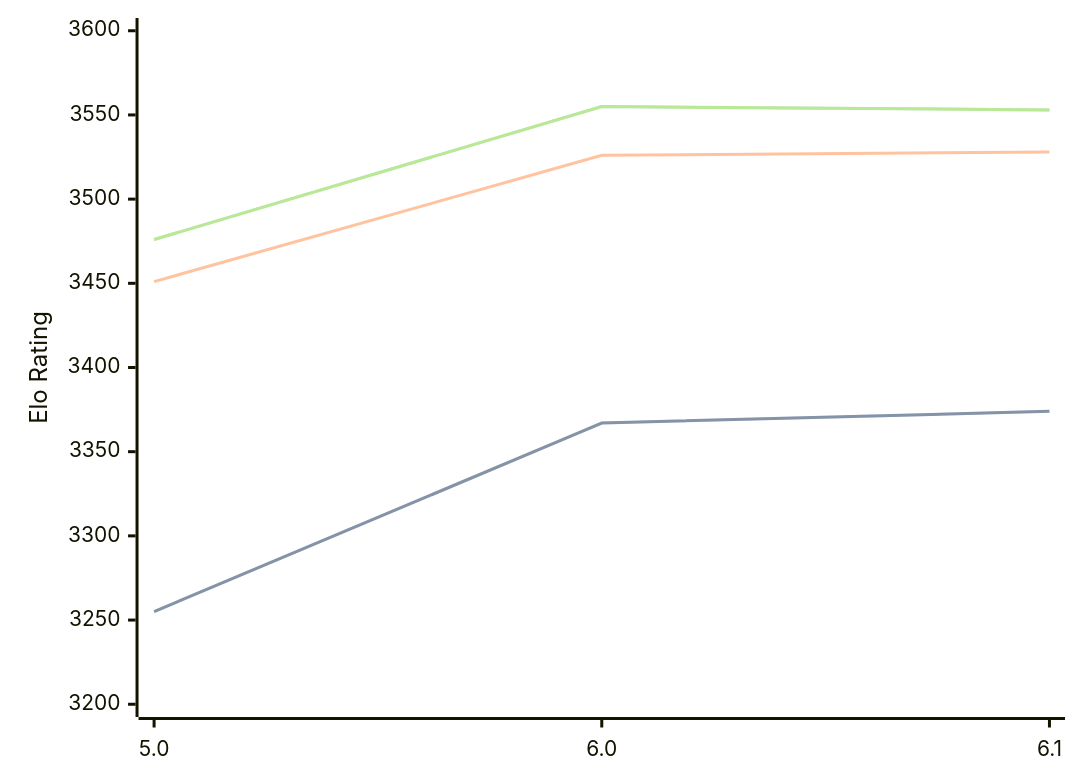
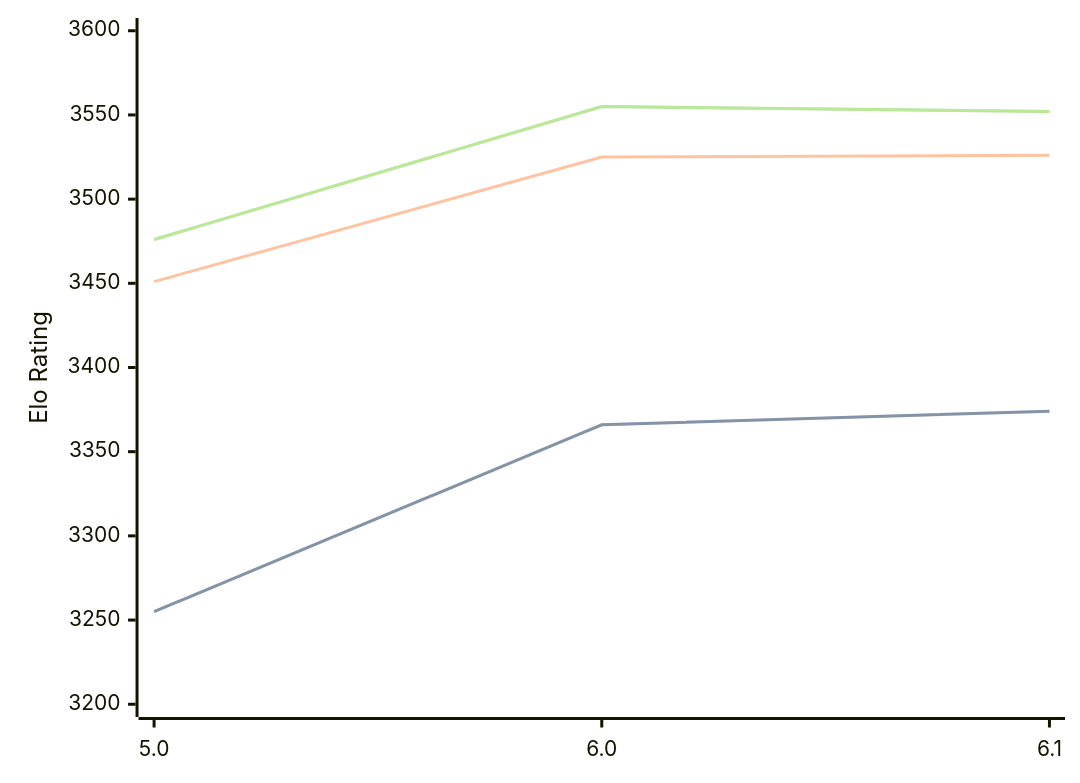
One commit to computer-chess-index/cci changed the diagram in engines/Starzix.md. Above: the diagram before and after it, drawn with Mermaid. The commit also changed other lines of this file, not shown here.

Commit message:
Update CCI Ratings (ELO VLTC) - 2026-03-04

````diff
--- a/engines/Starzix.md
+++ b/engines/Starzix.md
@@ -35,11 +35,11 @@
 ```mermaid
 %%{init: {"theme":"base","themeVariables":{"seriesColors:['#a3a3a3','#222221','#faa371']}}}%%
 xychart-beta
   x-axis ["5.0", "6.0", "6.1"]
   y-axis "Elo Rating" 3200 --> 3600
-  line "STC (8.0+0.08s)" [3255, 3367, 3374]
-  line "STC (8.0+0.08s)" [3255, 3367, 3374]
-  line "LTC (60.0+0.60s)" [3451, 3526, 3528]
-  line "VLTC (2m24s+1.12s)" [3476, 3555, 3553]
-  line "VLTC (2m24s+1.12s)" [3476, 3555, 3553]
+  line "STC (8.0+0.08s)" [3255, 3366, 3374]
+  line "STC (8.0+0.08s)" [3255, 3366, 3374]
+  line "LTC (60.0+0.60s)" [3451, 3525, 3526]
+  line "VLTC (2m24s+1.12s)" [3476, 3555, 3552]
+  line "VLTC (2m24s+1.12s)" [3476, 3555, 3552]
 ```
````
